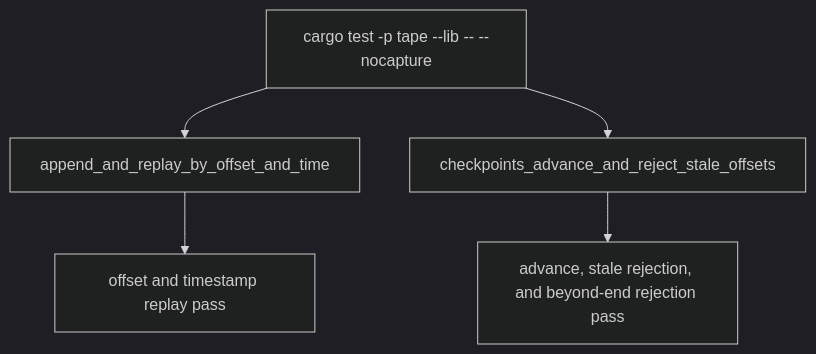
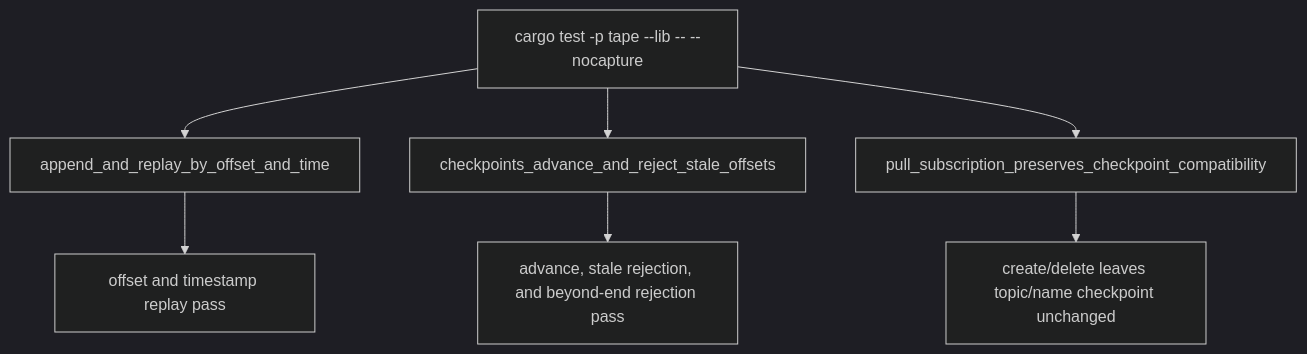
Before and after one commit to chrischeng-c4/axiom: the second of 2 diagrams in apps/tape/tech-design/semantic/source/apps-tape-src-lib-rs.md, drawn with Mermaid (dark theme). The commit also changed other lines of this file and 4 other files, not shown here.

````diff
--- a/apps/tape/tech-design/semantic/source/apps-tape-src-lib-rs.md
+++ b/apps/tape/tech-design/semantic/source/apps-tape-src-lib-rs.md
@@ -56,10 +67,12 @@
 ```mermaid
 ---
 id: tape-td-flow
 ---
 flowchart TD
     libtest["cargo test -p tape --lib -- --nocapture"] --> replaytest["append_and_replay_by_offset_and_time"]
     libtest --> checkpointtest["checkpoints_advance_and_reject_stale_offsets"]
+    libtest --> subscriptiontest["pull_subscription_preserves_checkpoint_compatibility"]
     replaytest --> replayproof["offset and timestamp replay pass"]
     checkpointtest --> checkpointproof["advance, stale rejection, and beyond-end rejection pass"]
+    subscriptiontest --> subscriptionproof["create/delete leaves topic/name checkpoint unchanged"]
 ```
````
